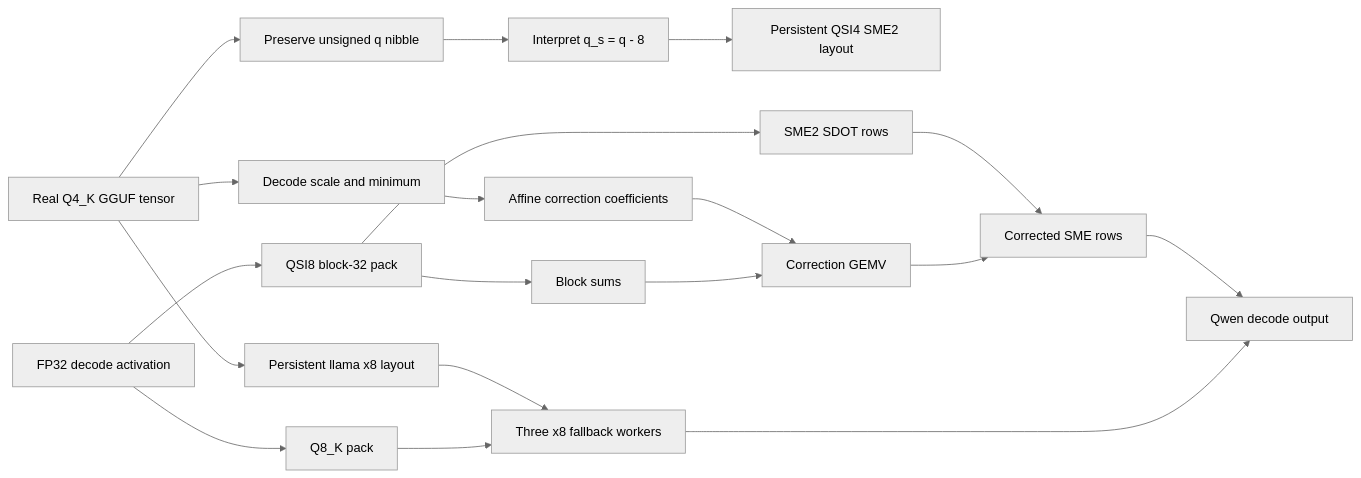
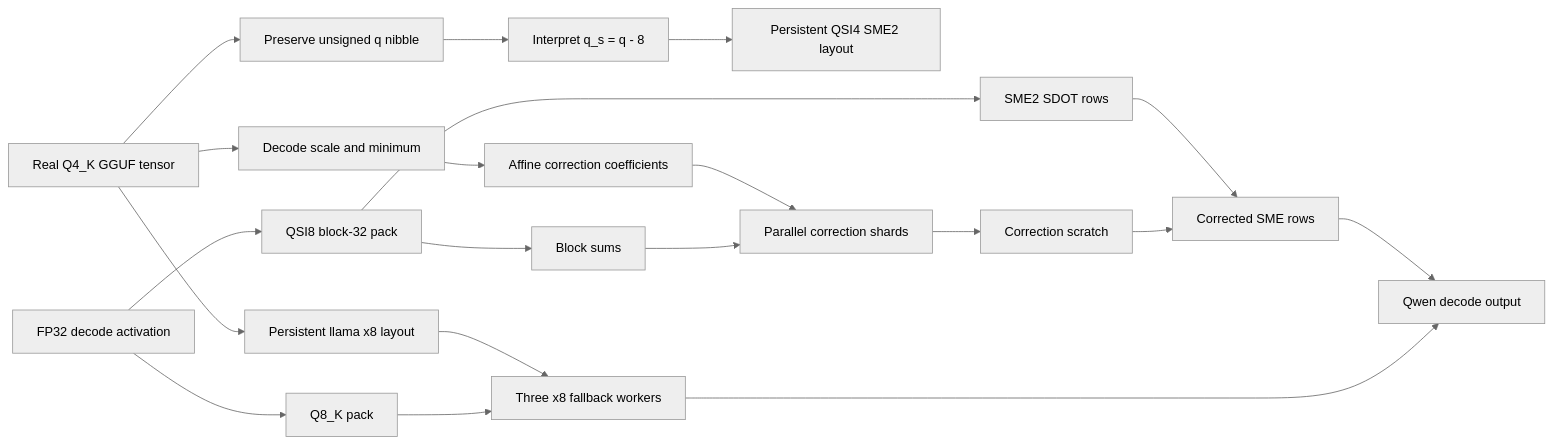
One commit to Kevin-Li-2025/single-gpu-inference-lab changed the diagram in docs/m4-q4k-sme2-case-study.md. Above: the diagram before and after it, drawn with Mermaid (neutral theme). The commit also changed other lines of this file and 8 other files, not shown here.

````diff
--- a/docs/m4-q4k-sme2-case-study.md
+++ b/docs/m4-q4k-sme2-case-study.md
@@ -28,21 +29,22 @@
 ```mermaid
 flowchart LR
     A["Real Q4_K GGUF tensor"] --> B["Preserve unsigned q nibble"]
     B --> C["Interpret q_s = q - 8"]
     C --> D["Persistent QSI4 SME2 layout"]
     A --> E["Decode scale and minimum"]
     E --> F["Affine correction coefficients"]
     G["FP32 decode activation"] --> H["QSI8 block-32 pack"]
     H --> I["SME2 SDOT rows"]
     H --> J["Block sums"]
-    F --> K["Correction GEMV"]
+    F --> K["Parallel correction shards"]
     I --> L["Corrected SME rows"]
     J --> K
-    K --> L
+    K --> Q["Correction scratch"]
+    Q --> L
     A --> M["Persistent llama x8 layout"]
     G --> N["Q8_K pack"]
     M --> O["Three x8 fallback workers"]
     N --> O
     L --> P["Qwen decode output"]
     O --> P
 ```
````
